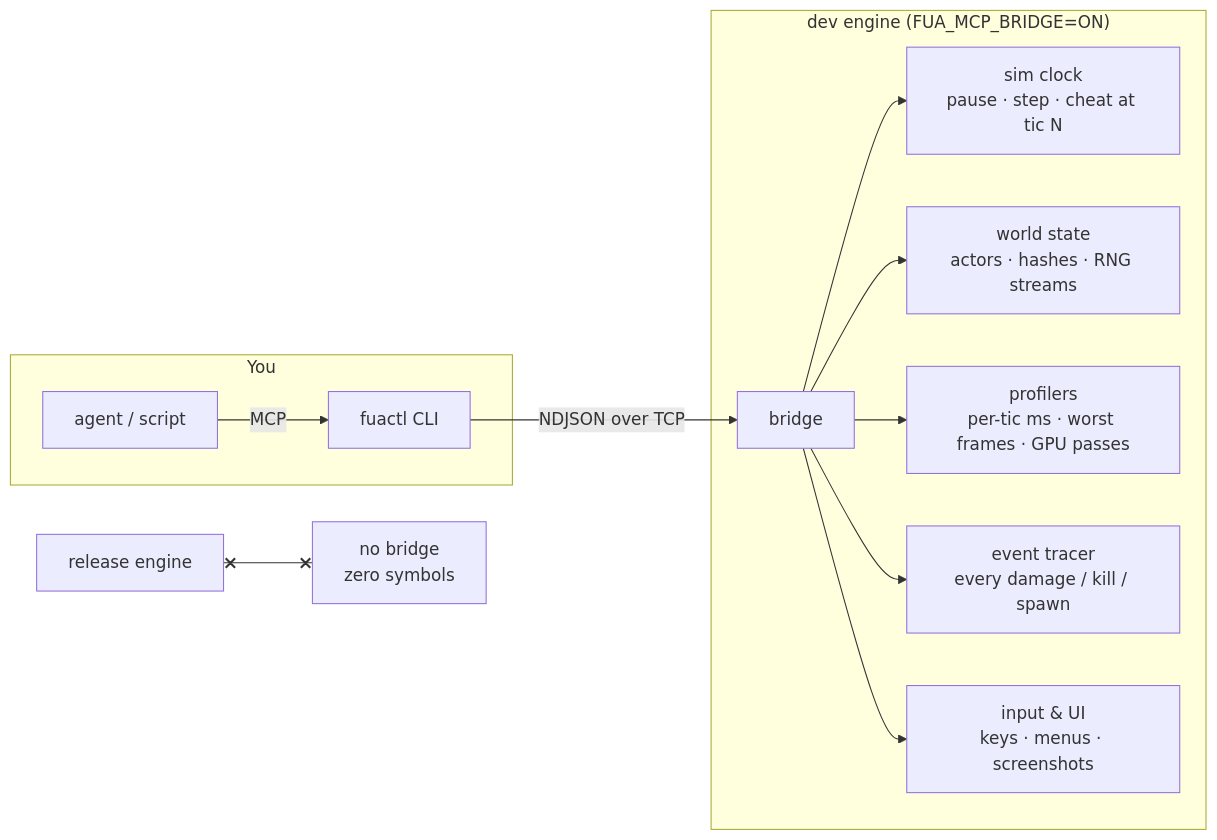
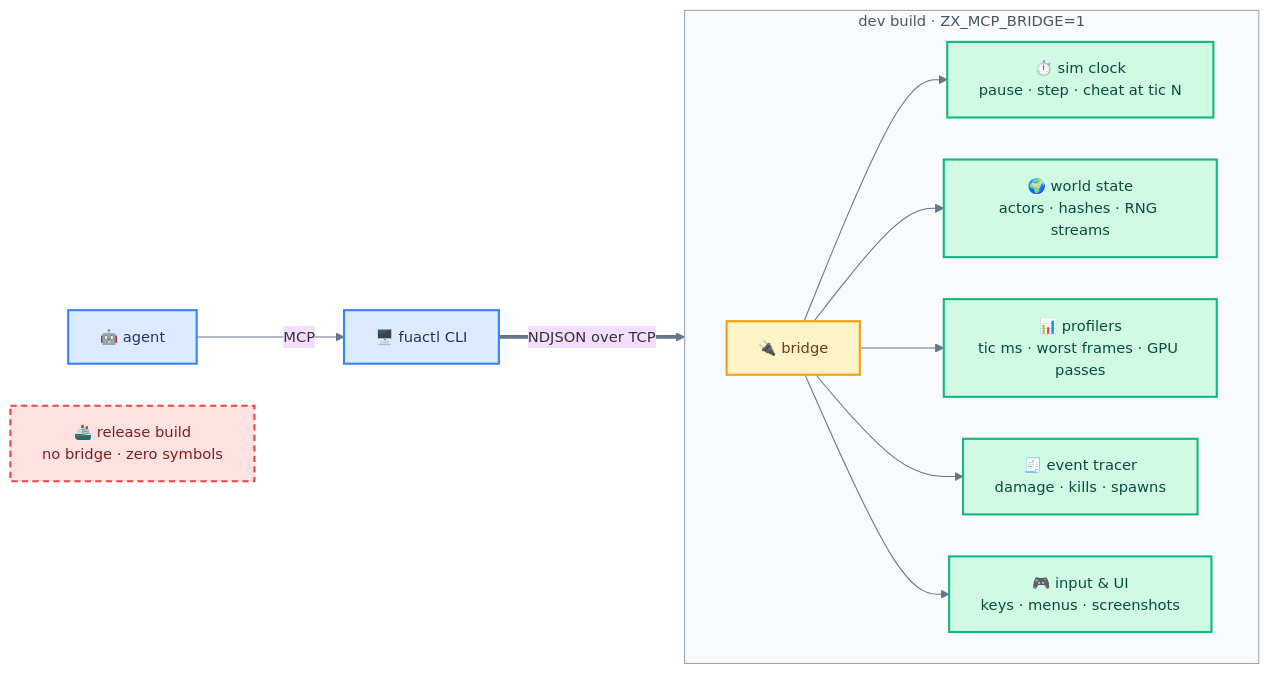
Before and after one commit to rc4l/ForkUnderA: the diagram in README.fuactl.md, drawn with Mermaid. The commit also changed other lines of this file, not shown here.

Commit message:
README.fuactl: styled diagram, problem-first opening

````diff
--- a/README.fuactl.md
+++ b/README.fuactl.md
@@ -5,21 +5,27 @@
 ```mermaid
+%%{init: {"theme":"base","themeVariables":{"fontFamily":"Trebuchet MS, Verdana, sans-serif","fontSize":"14px","lineColor":"#64748b"},"flowchart":{"curve":"basis","nodeSpacing":40,"rankSpacing":55}}}%%
 flowchart LR
-    subgraph You
-        CLI[fuactl CLI]
-        AI[agent / script]
+    AI["🤖 agent"] -->|MCP| CLI["🖥️ fuactl CLI"]
+    CLI ==>|"NDJSON over TCP"| B["🔌 bridge"]
+
+    subgraph DEV["  dev build · ZX_MCP_BRIDGE=1  "]
+        direction LR
+        B --> SIM["⏱️ sim clock<br/>pause · step · cheat at tic N"]
+        B --> STATE["🌍 world state<br/>actors · hashes · RNG streams"]
+        B --> PROF["📊 profilers<br/>tic ms · worst frames · GPU passes"]
+        B --> TRACE["🧾 event tracer<br/>damage · kills · spawns"]
+        B --> UI["🎮 input & UI<br/>keys · menus · screenshots"]
     end
 
-    CLI -- "NDJSON over TCP" --> B
-    AI -- "MCP" --> CLI
+    REL["🚢 release build<br/>no bridge · zero symbols"]
 
-    subgraph Engine["dev engine (FUA_MCP_BRIDGE=ON)"]
-        B[bridge]
-        B --> SIM["sim clock<br/>pause · step · cheat at tic N"]
-        B --> STATE["world state<br/>actors · hashes · RNG streams"]
-        B --> PROF["profilers<br/>per-tic ms · worst frames · GPU passes"]
-        B --> TRACE["event tracer<br/>every damage / kill / spawn"]
-        B --> UI["input & UI<br/>keys · menus · screenshots"]
-    end
-
-    R["release engine"] x--x B2["no bridge<br/>zero symbols"]
+    classDef you fill:#dbeafe,stroke:#3b82f6,stroke-width:2px,color:#1e3a5f
+    classDef hub fill:#fef3c7,stroke:#f59e0b,stroke-width:2px,color:#78350f
+    classDef cap fill:#d1fae5,stroke:#10b981,stroke-width:2px,color:#064e3b
+    classDef off fill:#fee2e2,stroke:#ef4444,stroke-width:2px,color:#7f1d1d,stroke-dasharray:6 4
+    class AI,CLI you
+    class B hub
+    class SIM,STATE,PROF,TRACE,UI cap
+    class REL off
+    style DEV fill:#f8fafc,stroke:#94a3b8,stroke-width:1px,color:#475569
 ```
````
